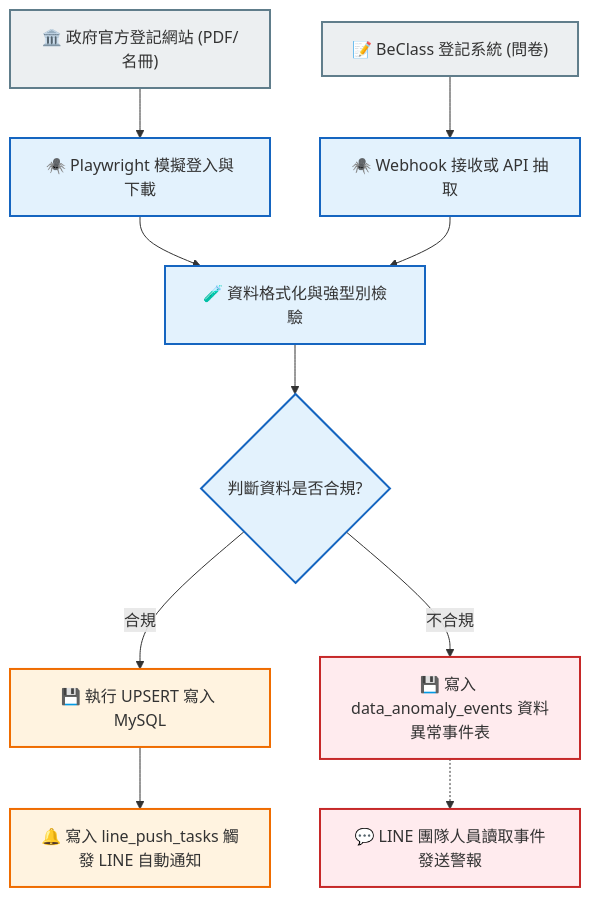
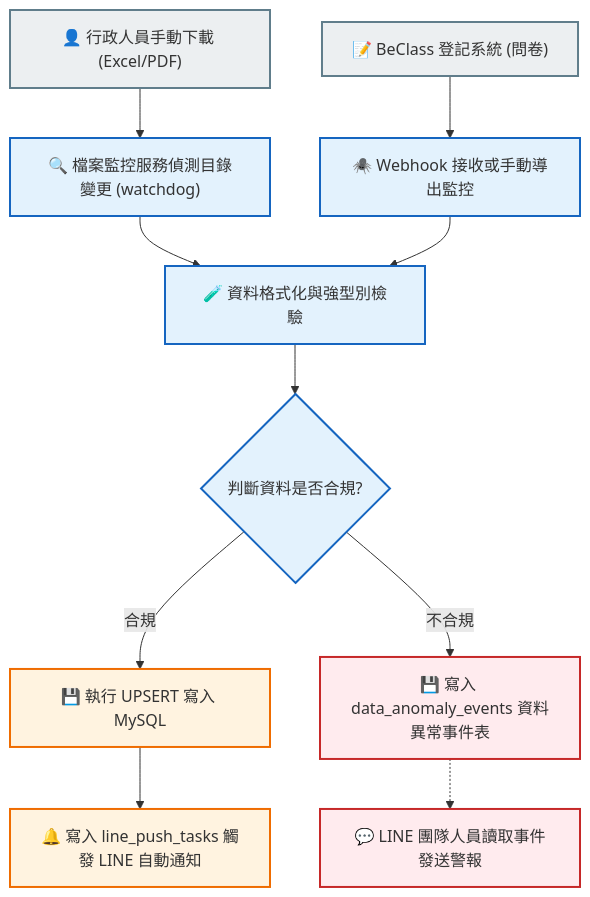
The diagram in document/資料庫、資料處理/設計規格書(Data Pipeline).md (chrishzc/Labor_union), drawn with Mermaid before and after one commit. The commit also changed other lines of this file and 11 other files, not shown here.

````diff
--- a/document/資料庫、資料處理/設計規格書(Data Pipeline).md
+++ b/document/資料庫、資料處理/設計規格書(Data Pipeline).md
@@ -13,31 +13,31 @@
 ```mermaid
 flowchart TD
     %% 樣式定義
     classDef source fill:#ECEFF1,stroke:#607D8B,stroke-width:2px;
     classDef process fill:#E3F2FD,stroke:#1565C0,stroke-width:2px;
     classDef database fill:#FFF3E0,stroke:#EF6C00,stroke-width:2px;
     classDef anomaly fill:#FFEBEE,stroke:#C62828,stroke-width:2px;
 
     %% 資料源
-    GovSite["🏛️ 政府官方登記網站 (PDF/名冊)"]:::source
+    AdminDownload["👤 行政人員手動下載 (Excel/PDF)"]:::source
     BeClassSite["📝 BeClass 登記系統 (問卷)"]:::source
 
     %% 抽取 (Extract)
-    GovSite --> CrawlGov["🕷️ Playwright 模擬登入與下載"]:::process
-    BeClassSite --> CrawlBeClass["🕷️ Webhook 接收或 API 抽取"]:::process
+    AdminDownload --> FileWatcher["🔍 檔案監控服務偵測目錄變更 (watchdog)"]:::process
+    BeClassSite --> CrawlBeClass["🕷️ Webhook 接收或手動導出監控"]:::process
 
     %% 轉換與檢驗 (Transform & Validate)
-    CrawlGov --> Transform["🧪 資料格式化與強型別檢驗"]:::process
+    FileWatcher --> Transform["🧪 資料格式化與強型別檢驗"]:::process
     CrawlBeClass --> Transform
 
     %% 檢驗判斷
     Transform --> CheckData{"判斷資料是否合規?"}:::process
     
     %% 合規流程 -> 寫入 (Load)
     CheckData -->|合規| UpsertDB["💾 執行 UPSERT 寫入 MySQL"]:::database
     UpsertDB --> TriggerLine["🔔 寫入 line_push_tasks 觸發 LINE 自動通知"]:::database
 
     %% 不合規流程 -> 隔離 (Quarantine)
     CheckData -->|不合規| RecordAnomaly["💾 寫入 data_anomaly_events 資料異常事件表"]:::anomaly
     RecordAnomaly -.-> LineTeam["💬 LINE 團隊人員讀取事件發送警報"]:::anomaly
 ```
````
